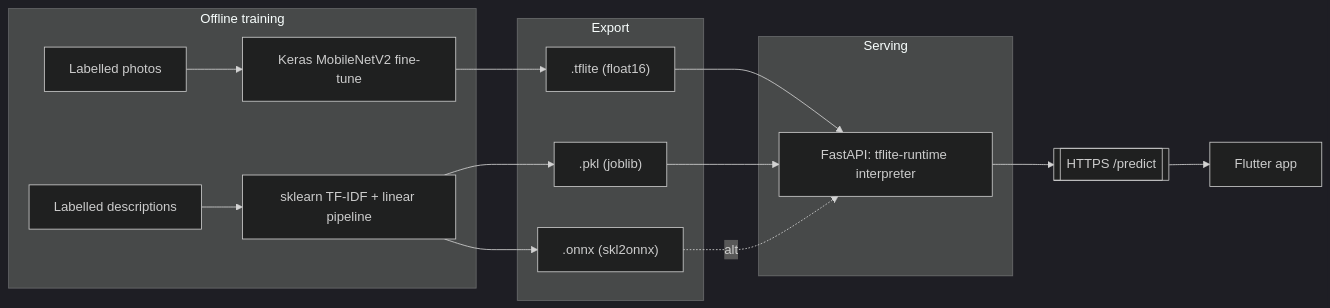
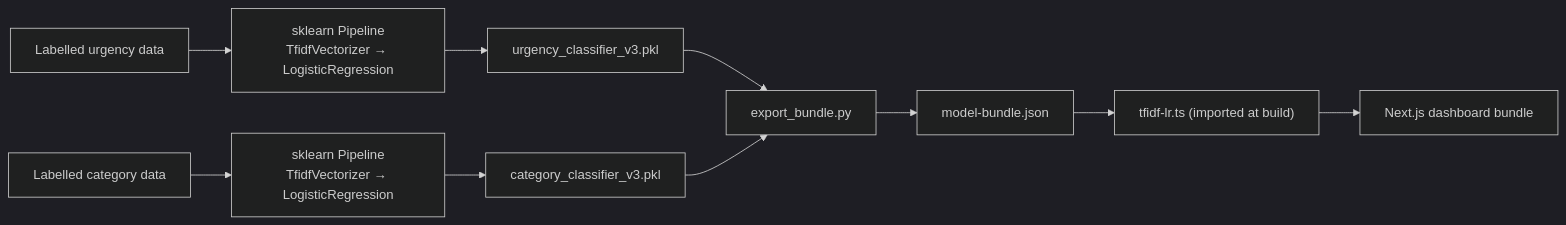
Before and after one commit to shehrilink/ShehriLink: diagram 12 of 12 in docs/ShehriLink-Documentation.md, drawn with Mermaid (dark theme). The commit also changed other lines of this file and 3 other files, not shown here.

````diff
--- a/docs/ShehriLink-Documentation.md
+++ b/docs/ShehriLink-Documentation.md
@@ -853,19 +959,12 @@
 ```mermaid
 flowchart LR
-    subgraph Training["Offline training"]
-        D1[Labelled photos] --> T1[Keras MobileNetV2 fine-tune]
-        D2[Labelled descriptions] --> T2[sklearn TF-IDF + linear pipeline]
-    end
-    subgraph Export["Export"]
-        T1 --> E1[".tflite (float16)"]
-        T2 --> E2[".pkl (joblib)"]
-        T2 --> E3[".onnx (skl2onnx)"]
-    end
-    subgraph Serving["Serving"]
-        E1 --> S1[FastAPI: tflite-runtime interpreter]
-        E2 --> S1
-        E3 -. alt .-> S1
-    end
-    S1 --> API[["HTTPS /predict"]]
-    API --> F[Flutter app]
+    D1[Labelled urgency data] --> T1["sklearn Pipeline<br/>TfidfVectorizer → LogisticRegression"]
+    D2[Labelled category data] --> T2["sklearn Pipeline<br/>TfidfVectorizer → LogisticRegression"]
+    T1 --> P1[urgency_classifier_v3.pkl]
+    T2 --> P2[category_classifier_v3.pkl]
+    P1 --> EX[export_bundle.py]
+    P2 --> EX
+    EX --> J[model-bundle.json]
+    J --> TS["tfidf-lr.ts (imported at build)"]
+    TS --> APP[Next.js dashboard bundle]
 ```
````
